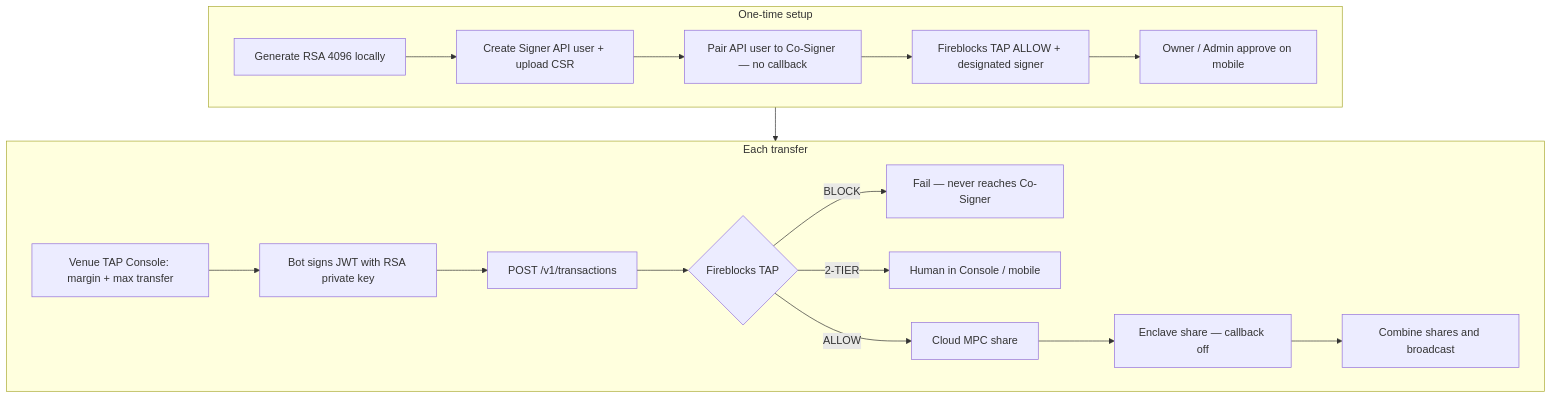
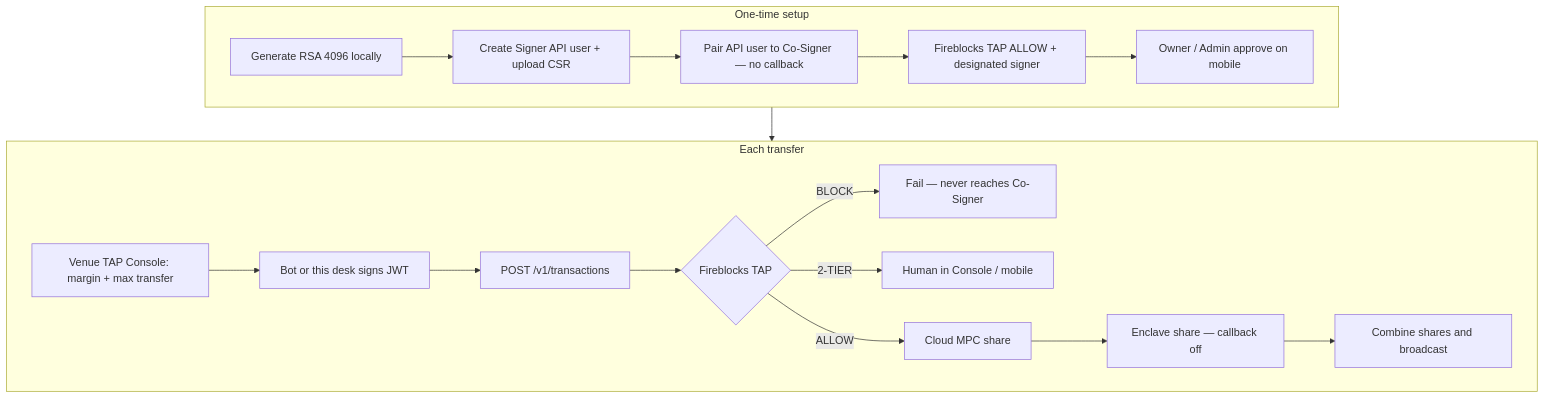
The diagram in README.md (JellyCWenning/signet), drawn with Mermaid before and after one commit. The commit also changed other lines of this file and 22 other files, not shown here.

````diff
--- a/README.md
+++ b/README.md
@@ -11,22 +11,22 @@
 ```mermaid
 flowchart TD
   subgraph setup [One-time setup]
     A1[Generate RSA 4096 locally] --> A2[Create Signer API user + upload CSR]
     A2 --> A3[Pair API user to Co-Signer — no callback]
     A3 --> A4[Fireblocks TAP ALLOW + designated signer]
     A4 --> A5[Owner / Admin approve on mobile]
   end
 
   subgraph runtime [Each transfer]
-    B0[Venue TAP Console: margin + max transfer] --> B1[Bot signs JWT with RSA private key]
+    B0[Venue TAP Console: margin + max transfer] --> B1[Bot or this desk signs JWT]
     B1 --> B2[POST /v1/transactions]
     B2 --> TAP{Fireblocks TAP}
     TAP -->|BLOCK| X1[Fail — never reaches Co-Signer]
     TAP -->|2-TIER| F2[Human in Console / mobile]
     TAP -->|ALLOW| C1[Cloud MPC share]
     C1 --> C2[Enclave share — callback off]
     C2 --> C3[Combine shares and broadcast]
   end
 
   setup --> runtime
 ```
````
